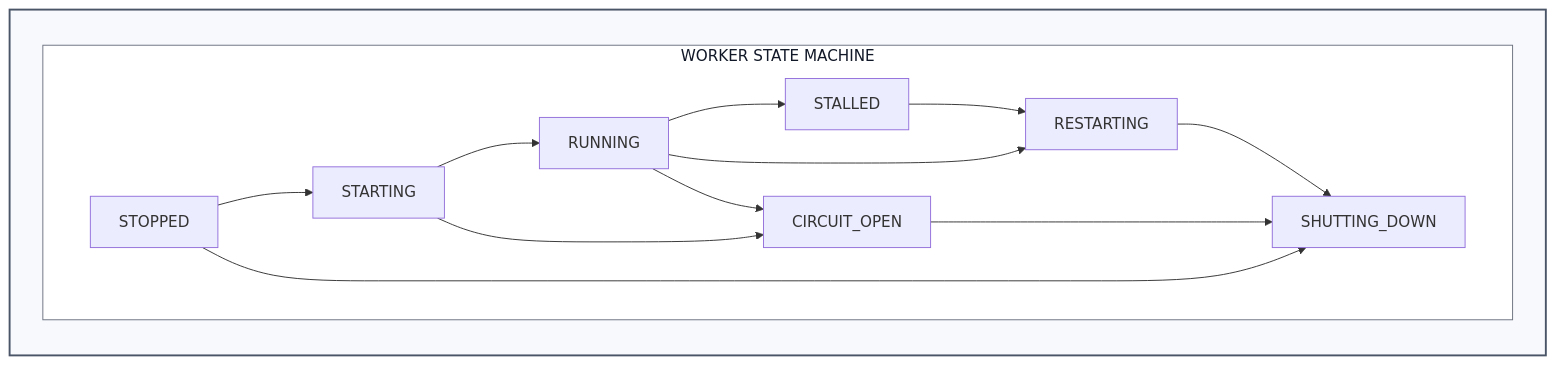
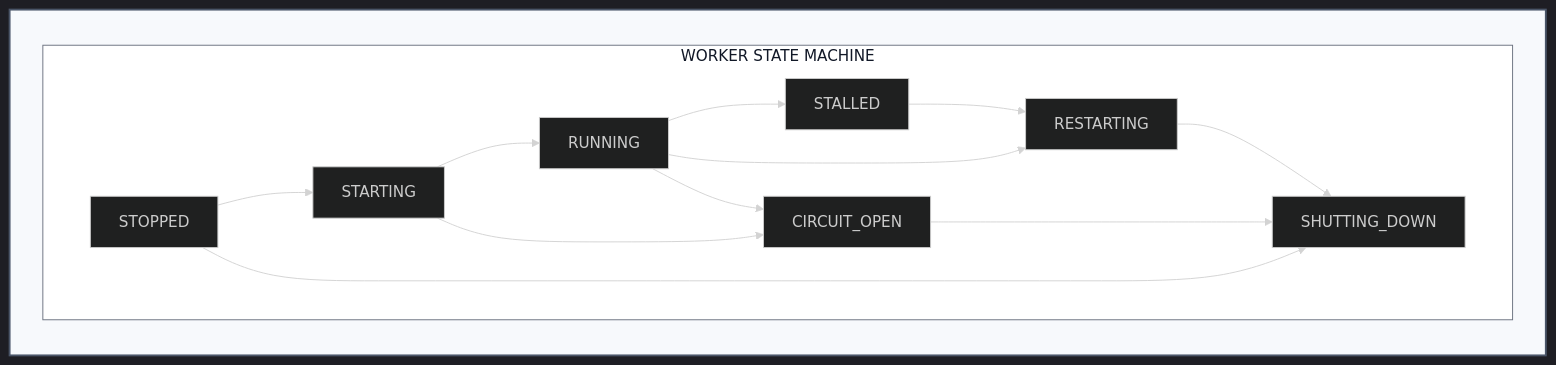
One commit to intel-retail/order-accuracy changed the second of 3 diagrams in docs/user-guide/take-away/how-it-works.md. Above: the diagram before and after it, drawn with Mermaid. The commit also changed other lines of this file, not shown here.

Commit message:
[DOCS][Take-Away] Update ASCII diagrams to SVG or Mermaid

````diff
--- a/docs/user-guide/take-away/how-it-works.md
+++ b/docs/user-guide/take-away/how-it-works.md
@@ -336,21 +339,24 @@
 ```mermaid
+---
+config: {"theme": "dark"}
+---
 flowchart LR
   subgraph OUTER[ ]
     direction TB
 
     subgraph INNER[WORKER STATE MACHINE]
       direction LR
       STOPPED[STOPPED] --> STARTING[STARTING] --> RUNNING[RUNNING] --> STALLED[STALLED]
       RUNNING --> RESTARTING[RESTARTING]
       RUNNING --> CIRCUIT_OPEN[CIRCUIT_OPEN]
       STARTING --> CIRCUIT_OPEN
       STALLED --> RESTARTING
       STOPPED --> SHUTTING_DOWN[SHUTTING_DOWN]
       CIRCUIT_OPEN --> SHUTTING_DOWN
       RESTARTING --> SHUTTING_DOWN
     end
   end
 
   style OUTER fill:#f7f9fc,stroke:#4a5568,stroke-width:2px,color:#111827
   style INNER fill:#ffffff,stroke:#6b7280,stroke-width:1px,color:#111827
 ```
````
